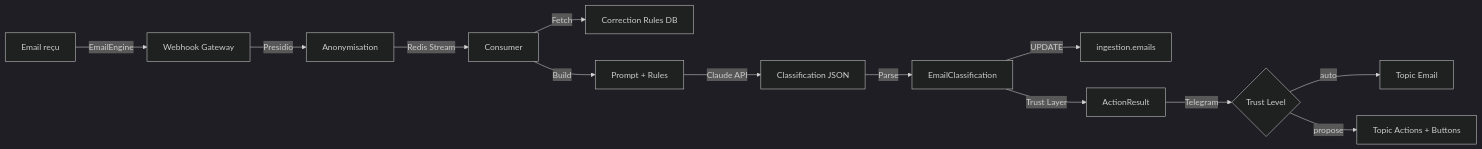
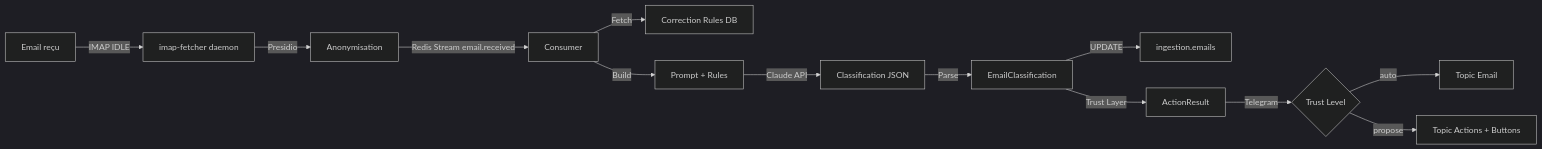
The diagram in docs/email-classification.md (Masterplan16/Friday-2.0), drawn with Mermaid (dark theme) before and after one commit. The commit also changed other lines of this file and 92 other files, not shown here.

First line of the commit message:
feat(email-adapter): implement Decision D25 - replace EmailEngine with IMAP direct

````diff
--- a/docs/email-classification.md
+++ b/docs/email-classification.md
@@ -30,15 +30,15 @@
 ```mermaid
 graph LR
-    A[Email reçu] -->|EmailEngine| B[Webhook Gateway]
+    A[Email reçu] -->|IMAP IDLE| B[imap-fetcher daemon]
     B -->|Presidio| C[Anonymisation]
-    C -->|Redis Stream| D[Consumer]
+    C -->|Redis Stream email.received| D[Consumer]
     D -->|Fetch| E[Correction Rules DB]
     D -->|Build| F[Prompt + Rules]
     F -->|Claude API| G[Classification JSON]
     G -->|Parse| H[EmailClassification]
     H -->|UPDATE| I[ingestion.emails]
     H -->|Trust Layer| J[ActionResult]
     J -->|Telegram| K{Trust Level}
     K -->|auto| L[Topic Email]
     K -->|propose| M[Topic Actions + Buttons]
 ```
````
